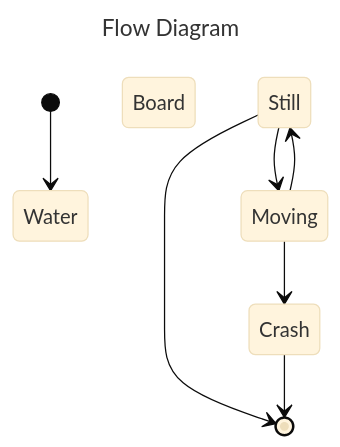
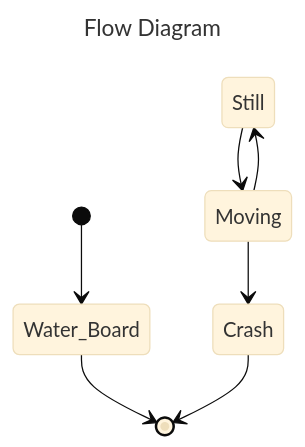
One commit to Pablov81/Agrotopia changed the diagram in README.md. Above: the diagram before and after it, drawn with Mermaid (base theme).

````diff
--- a/README.md
+++ b/README.md
@@ -45,13 +45,13 @@
 ```mermaid
 ---
 title: Flow Diagram
 ---
 stateDiagram-v2
-    [*] --> Water Board
-    Still --> [*]
+    [*] --> Water_Board
+    Water_Board --> [*]
 
     Still --> Moving
     Moving --> Still
     Moving --> Crash
     Crash --> [*]
 ```
````
